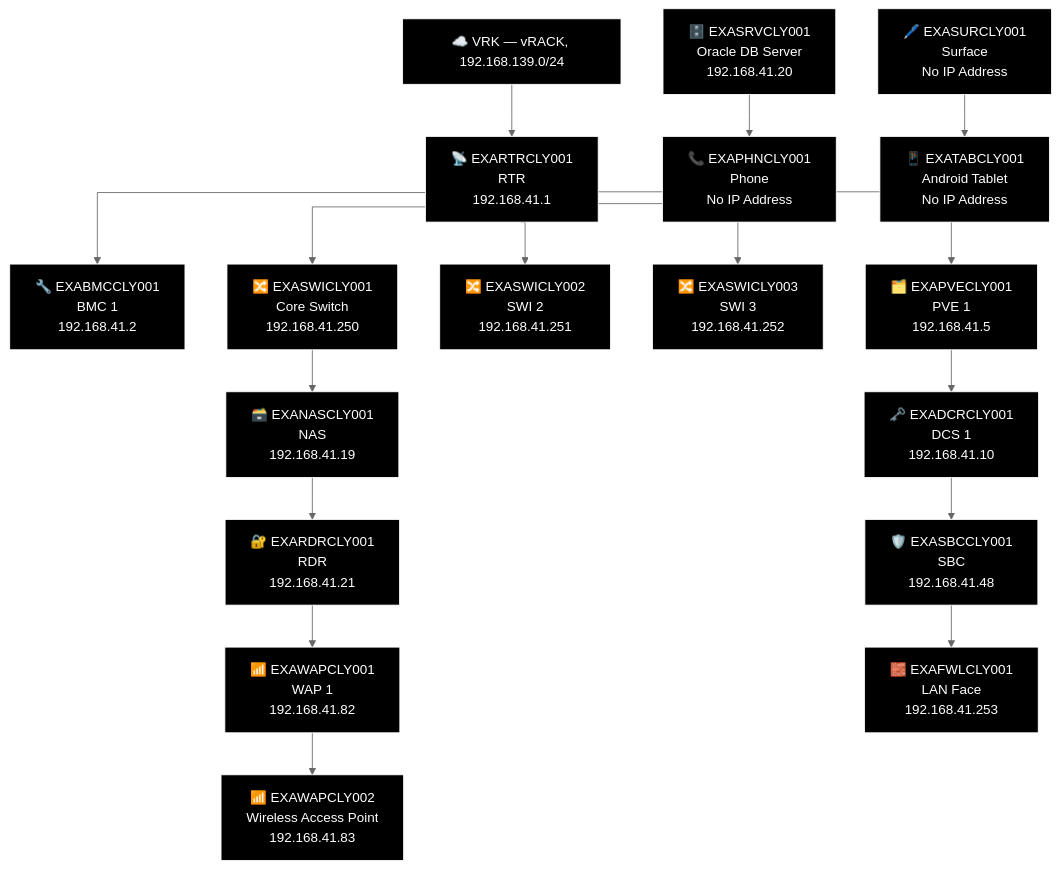
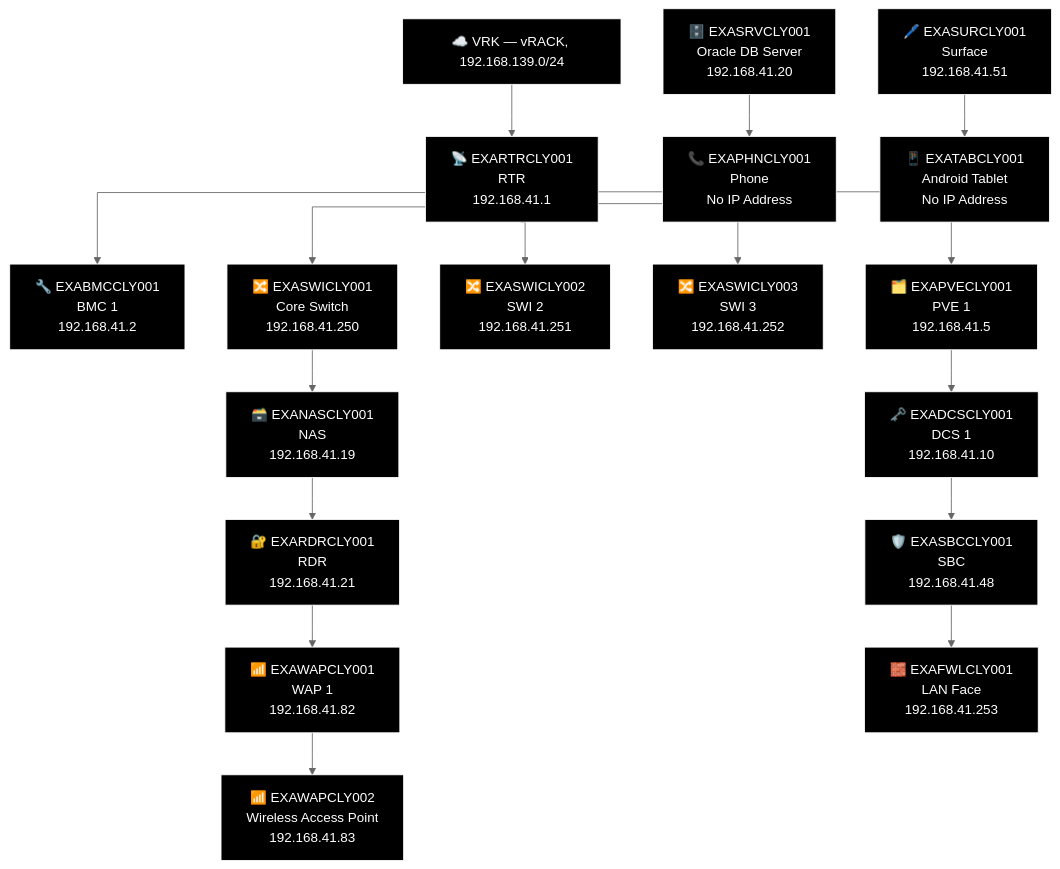
Diagram 12 of 21 in docs/network-diagram/scotland.md (knightmare2600/example_music_infra), drawn with Mermaid (neutral theme) before and after one commit. The commit also changed other lines of this file and 11 other files, not shown here.

````diff
--- a/docs/network-diagram/scotland.md
+++ b/docs/network-diagram/scotland.md
@@ -721,52 +721,52 @@
 ```mermaid
 %% GENERATED:TOPOLOGY:CLY:START
 %%{init: {'flowchart': {'curve': 'stepAfter'}}}%%
 graph TD
     T_VRK["☁️ VRK — vRACK, 192.168.139.0/24"]
     T_RTR["📡 EXARTRCLY001<br/>RTR<br/>192.168.41.1"]
     T_VRK --> T_RTR
     T_BMC["🔧 EXABMCCLY001<br/>BMC 1<br/>192.168.41.2"]
     T_RTR --> T_BMC
     T_PVE["🗂️ EXAPVECLY001<br/>PVE 1<br/>192.168.41.5"]
     T_RTR --> T_PVE
     T_SWI["🔀 EXASWICLY002<br/>SWI 2<br/>192.168.41.251"]
     T_RTR --> T_SWI
     T_SWI2["🔀 EXASWICLY003<br/>SWI 3<br/>192.168.41.252"]
     T_RTR --> T_SWI2
     T_SWI3["🔀 EXASWICLY001<br/>Core Switch<br/>192.168.41.250"]
     T_RTR --> T_SWI3
     T_NAS["🗃️ EXANASCLY001<br/>NAS<br/>192.168.41.19"]
     T_RDR["🔐 EXARDRCLY001<br/>RDR<br/>192.168.41.21"]
     T_WAP["📶 EXAWAPCLY001<br/>WAP 1<br/>192.168.41.82"]
     T_WAP2["📶 EXAWAPCLY002<br/>Wireless Access Point<br/>192.168.41.83"]
     T_SWI3 --> T_NAS --> T_RDR --> T_WAP --> T_WAP2
-    T_DCS["🗝️ EXADCRCLY001<br/>DCS 1<br/>192.168.41.10"]
+    T_DCS["🗝️ EXADCSCLY001<br/>DCS 1<br/>192.168.41.10"]
     T_SBC["🛡️ EXASBCCLY001<br/>SBC<br/>192.168.41.48"]
     T_FWL["🧱 EXAFWLCLY001<br/>LAN Face<br/>192.168.41.253"]
     T_PVE --> T_DCS --> T_SBC --> T_FWL
     T_SRV["🗄️ EXASRVCLY001<br/>Oracle DB Server<br/>192.168.41.20"]
-    T_SUR["🖊️ EXASURCLY001<br/>Surface<br/>No IP Address"]
+    T_SUR["🖊️ EXASURCLY001<br/>Surface<br/>192.168.41.51"]
     T_PHN["📞 EXAPHNCLY001<br/>Phone<br/>No IP Address"]
     T_TAB["📱 EXATABCLY001<br/>Android Tablet<br/>No IP Address"]
     T_SRV --> T_PHN
     T_SUR --> T_TAB
     style T_VRK fill:#000000,stroke:#FFFFFF,color:#FFFFFF
     style T_RTR fill:#000000,stroke:#FFFFFF,color:#FFFFFF
     style T_BMC fill:#000000,stroke:#FFFFFF,color:#FFFFFF
     style T_PVE fill:#000000,stroke:#FFFFFF,color:#FFFFFF
     style T_SWI fill:#000000,stroke:#FFFFFF,color:#FFFFFF
     style T_SWI2 fill:#000000,stroke:#FFFFFF,color:#FFFFFF
     style T_SWI3 fill:#000000,stroke:#FFFFFF,color:#FFFFFF
     style T_NAS fill:#000000,stroke:#FFFFFF,color:#FFFFFF
     style T_RDR fill:#000000,stroke:#FFFFFF,color:#FFFFFF
     style T_WAP fill:#000000,stroke:#FFFFFF,color:#FFFFFF
     style T_WAP2 fill:#000000,stroke:#FFFFFF,color:#FFFFFF
     style T_DCS fill:#000000,stroke:#FFFFFF,color:#FFFFFF
     style T_SBC fill:#000000,stroke:#FFFFFF,color:#FFFFFF
     style T_FWL fill:#000000,stroke:#FFFFFF,color:#FFFFFF
     style T_SRV fill:#000000,stroke:#FFFFFF,color:#FFFFFF
     style T_SUR fill:#000000,stroke:#FFFFFF,color:#FFFFFF
     style T_PHN fill:#000000,stroke:#FFFFFF,color:#FFFFFF
     style T_TAB fill:#000000,stroke:#FFFFFF,color:#FFFFFF
 %% GENERATED:TOPOLOGY:CLY:END
 ```
````
